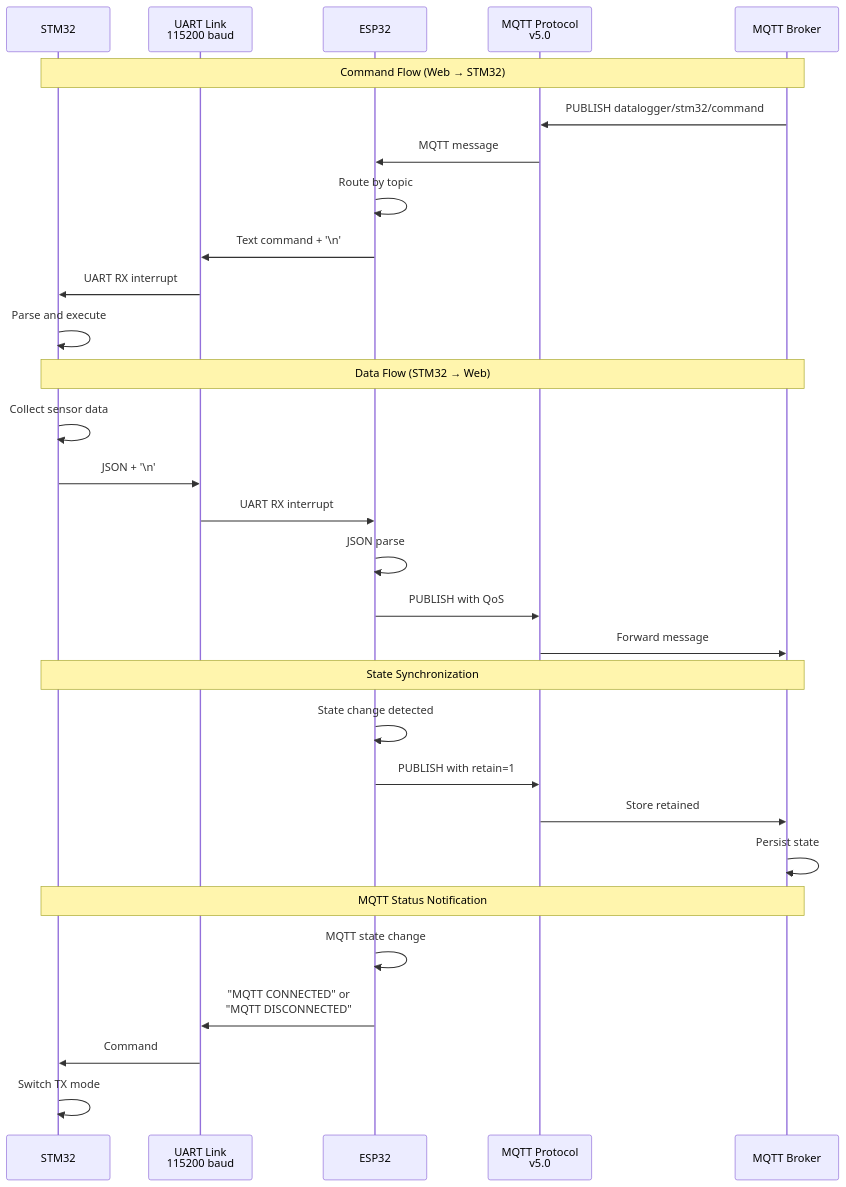
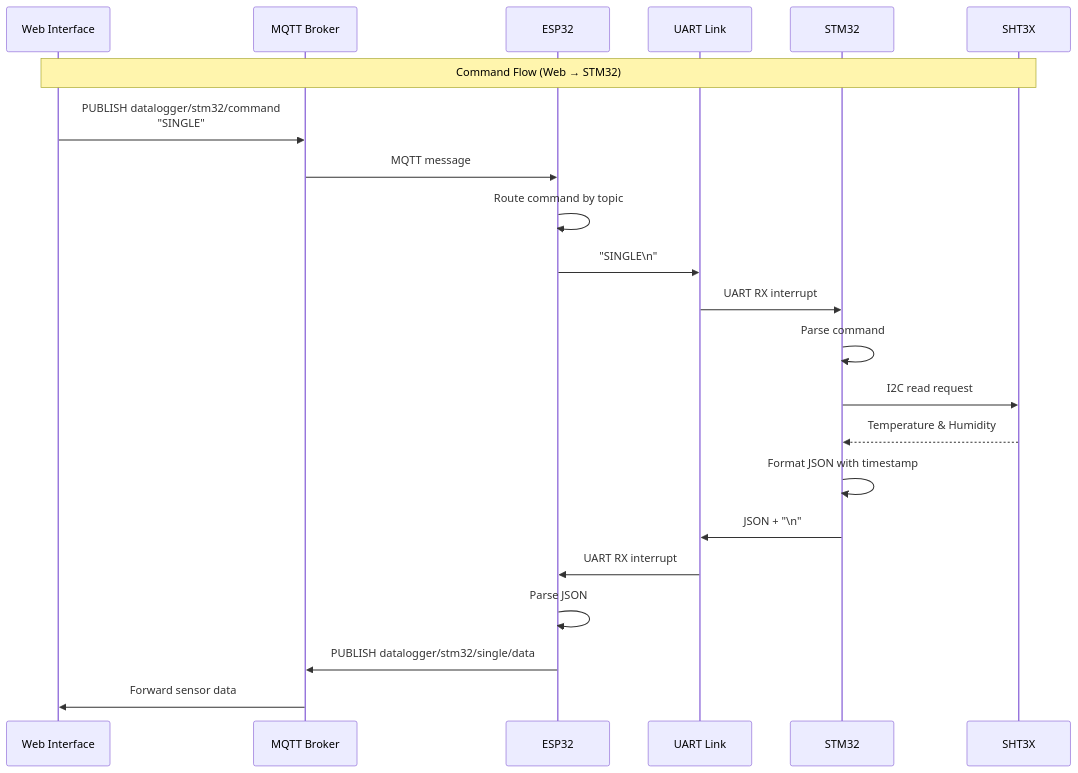
The second of 10 diagrams in documents/firmware/UML_DIAGRAM_FIRMWARE.md (meeTeam05/datalogger), drawn with Mermaid before and after one commit. The commit also changed other lines of this file, not shown here.

Commit message:
fix(docs): update UML diagrams for clarity and organization in UML_DIAGRAM_FIRMWARE.md

````diff
--- a/documents/firmware/UML_DIAGRAM_FIRMWARE.md
+++ b/documents/firmware/UML_DIAGRAM_FIRMWARE.md
@@ -325,40 +179,26 @@
 ```mermaid
 sequenceDiagram
+    participant Web as Web Interface
+    participant Broker as MQTT Broker
+    participant ESP32
+    participant UART as UART Link
     participant STM32
-    participant UART as UART Link<br/>115200 baud
-    participant ESP32
-    participant MQTT as MQTT Protocol<br/>v5.0
-    participant Broker as MQTT Broker
-    
-    Note over STM32,Broker: Command Flow (Web → STM32)
-    
-    Broker->>MQTT: PUBLISH datalogger/stm32/command
-    MQTT->>ESP32: MQTT message
-    ESP32->>ESP32: Route by topic
-    ESP32->>UART: Text command + '\n'
+    participant Sensor as SHT3X
+
+    Note over Web,Sensor: Command Flow (Web → STM32)
+
+    Web->>Broker: PUBLISH datalogger/stm32/command<br/>"SINGLE"
+    Broker->>ESP32: MQTT message
+    ESP32->>ESP32: Route command by topic
+    ESP32->>UART: "SINGLE\n"
     UART->>STM32: UART RX interrupt
-    STM32->>STM32: Parse and execute
-    
-    Note over STM32,Broker: Data Flow (STM32 → Web)
-    
-    STM32->>STM32: Collect sensor data
-    STM32->>UART: JSON + '\n'
+    STM32->>STM32: Parse command
+    STM32->>Sensor: I2C read request
+    Sensor-->>STM32: Temperature & Humidity
+    STM32->>STM32: Format JSON with timestamp
+    STM32->>UART: JSON + "\n"
     UART->>ESP32: UART RX interrupt
-    ESP32->>ESP32: JSON parse
-    ESP32->>MQTT: PUBLISH with QoS
-    MQTT->>Broker: Forward message
-    
-    Note over STM32,Broker: State Synchronization
-    
-    ESP32->>ESP32: State change detected
-    ESP32->>MQTT: PUBLISH with retain=1
-    MQTT->>Broker: Store retained
-    Broker->>Broker: Persist state
-    
-    Note over STM32,Broker: MQTT Status Notification
-    
-    ESP32->>ESP32: MQTT state change
-    ESP32->>UART: "MQTT CONNECTED" or<br/>"MQTT DISCONNECTED"
-    UART->>STM32: Command
-    STM32->>STM32: Switch TX mode
+    ESP32->>ESP32: Parse JSON
+    ESP32->>Broker: PUBLISH datalogger/stm32/single/data
+    Broker->>Web: Forward sensor data
 ```
````
